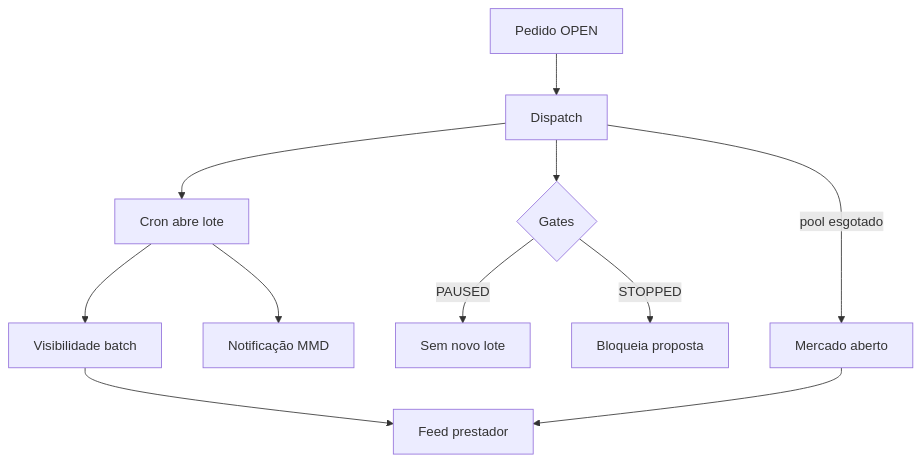
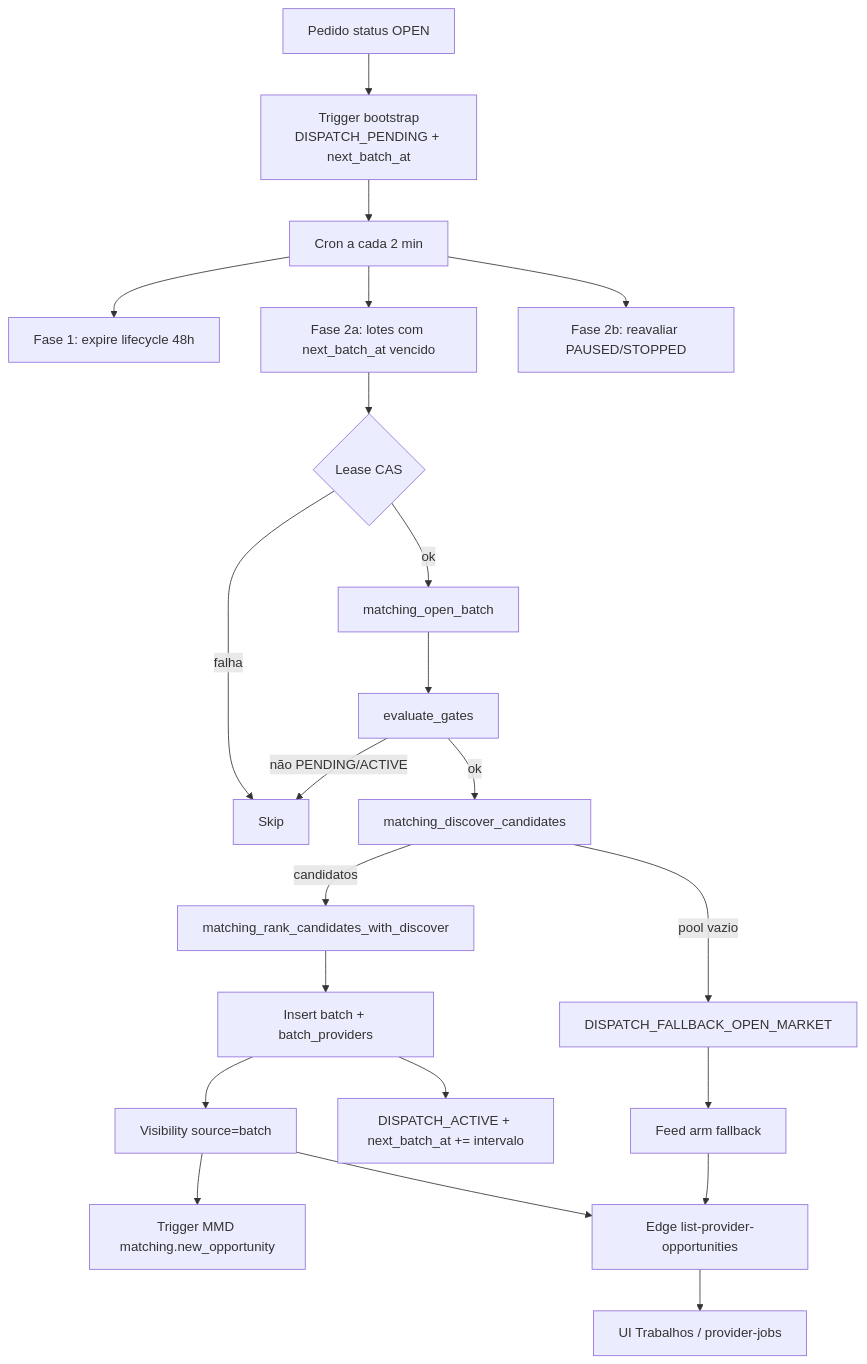
Before and after one commit to higorpo/renovi-orbit-test: the diagram in docs/business/modulos/matching-dispatch/features/dispatch-e-visibilidade.md, drawn with Mermaid. The commit also changed other lines of this file and 63 other files, not shown here.

````diff
--- a/docs/business/modulos/matching-dispatch/features/dispatch-e-visibilidade.md
+++ b/docs/business/modulos/matching-dispatch/features/dispatch-e-visibilidade.md
@@ -16,13 +48,24 @@
 ```mermaid
 flowchart TD
-  SR[Pedido OPEN] --> D[Dispatch]
-  D --> C[Cron abre lote]
-  C --> V[Visibilidade batch]
-  C --> MMD[Notificação MMD]
-  V --> F[Feed prestador]
-  D --> G{Gates}
-  G -->|PAUSED| P[Sem novo lote]
-  G -->|STOPPED| S[Bloqueia proposta]
-  D -->|pool esgotado| FB[Mercado aberto]
-  FB --> F
+  A[Pedido status OPEN] --> B[Trigger bootstrap<br/>DISPATCH_PENDING + next_batch_at]
+  B --> C[Cron a cada 2 min]
+  C --> C1[Fase 1: expire lifecycle 48h]
+  C --> C2[Fase 2a: lotes com next_batch_at vencido]
+  C --> C3[Fase 2b: reavaliar PAUSED/STOPPED]
+  C2 --> D{Lease CAS}
+  D -->|ok| E[matching_open_batch]
+  D -->|falha| X[Skip]
+  E --> F[evaluate_gates]
+  F -->|não PENDING/ACTIVE| X
+  F -->|ok| G[matching_discover_candidates]
+  G -->|pool vazio| H[DISPATCH_FALLBACK_OPEN_MARKET]
+  G -->|candidatos| I[matching_rank_candidates_with_discover]
+  I --> J[Insert batch + batch_providers]
+  J --> K[Visibility source=batch]
+  K --> L[Trigger MMD matching.new_opportunity]
+  J --> M[DISPATCH_ACTIVE + next_batch_at += intervalo]
+  H --> N[Feed arm fallback]
+  K --> O[Edge list-provider-opportunities]
+  N --> O
+  O --> P[UI Trabalhos / provider-jobs]
 ```
````
